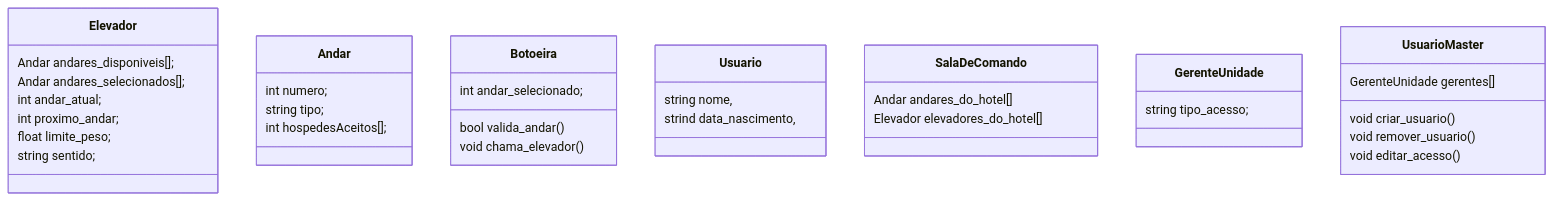
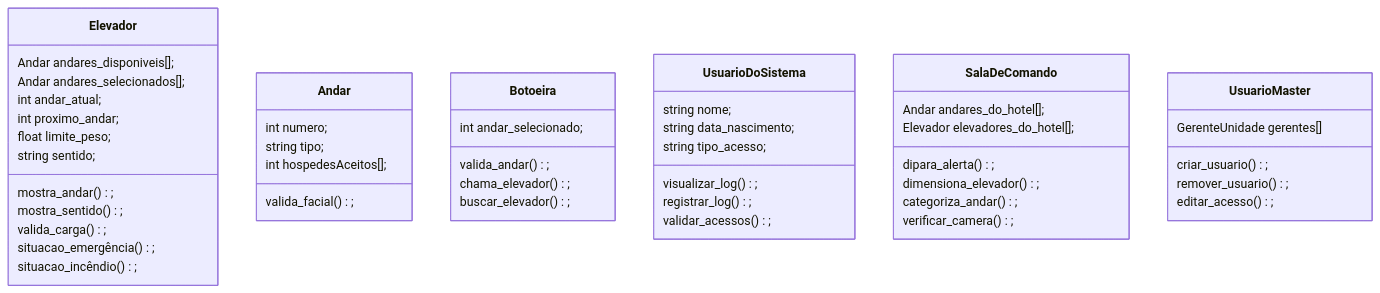
Before and after one commit to HenriqueFinatti/Modelagem_De_Software_Projeto_2: the diagram in Diagramas/Classes/classes.md, drawn with Mermaid.

Commit message:
Inserindo o diagrama de classes

````diff
--- a/Diagramas/Classes/classes.md
+++ b/Diagramas/Classes/classes.md
@@ -1,45 +1,58 @@
 ```mermaid
 classDiagram
 
 class Elevador{
     Andar andares_disponiveis[];
     Andar andares_selecionados[];
     int andar_atual;
     int proximo_andar;
     float limite_peso;
     string sentido;
+    mostra_andar();
+    mostra_sentido();  
+    valida_carga(); 
+    situacao_emergência();
+    situacao_incêndio();   
 }
 
 class Andar{
     int numero;
     string tipo;
     int hospedesAceitos[];
+    valida_facial();
 }
 
 class Botoeira{
     int andar_selecionado;
-    bool valida_andar()
-    void chama_elevador()
+    valida_andar();
+    chama_elevador();
+    buscar_elevador();
 }
 
-class Usuario{
-    string nome,
-    strind data_nascimento,
+class UsuarioDoSistema{
+    string nome;
+    string data_nascimento;
+    string tipo_acesso;
+    visualizar_log();
+    registrar_log();
+    validar_acessos();
 }
 
 class SalaDeComando{
-    Andar andares_do_hotel[]
-    Elevador elevadores_do_hotel[]
+    Andar andares_do_hotel[];
+    Elevador elevadores_do_hotel[];
+    dipara_alerta();
+    dimensiona_elevador();
+    categoriza_andar();
+    verificar_camera();
+    
 }
 
-class GerenteUnidade {
-    string tipo_acesso;
-}
 
 class UsuarioMaster{
     GerenteUnidade gerentes[]
-    void criar_usuario()
-    void remover_usuario()
-    void editar_acesso()
+    criar_usuario();
+    remover_usuario();
+    editar_acesso();
 }
 ```
````
